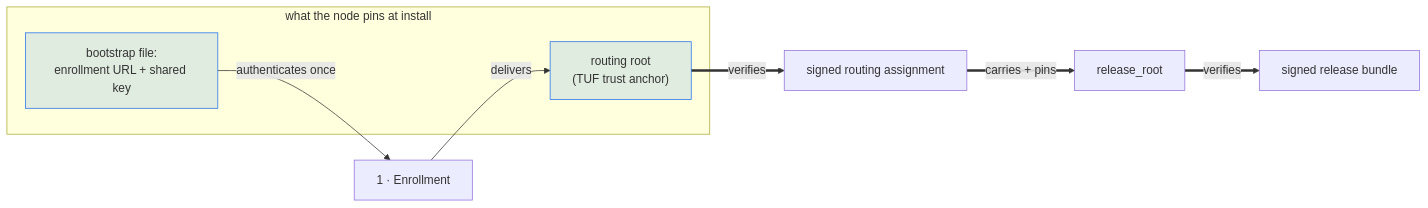
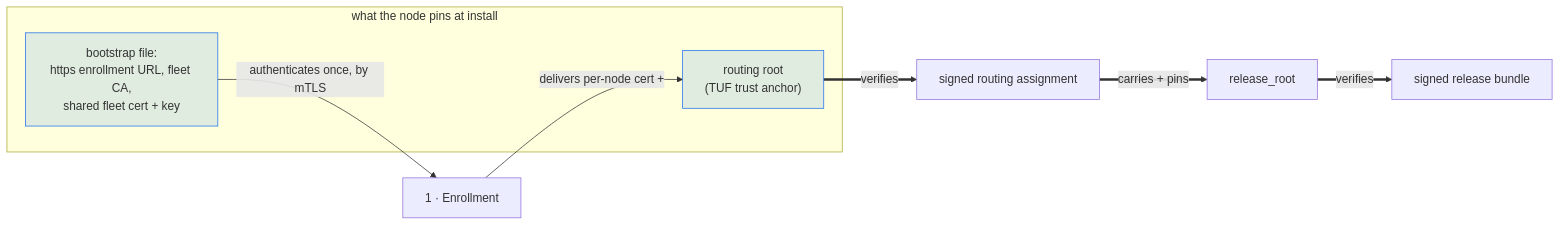
One commit to evan-hines-js/updatedc changed the fifth of 5 diagrams in docs/fleet-rollout-endpoints.md. Above: the diagram before and after it, drawn with Mermaid. The commit also changed other lines of this file and 136 other files, not shown here.

````diff
--- a/docs/fleet-rollout-endpoints.md
+++ b/docs/fleet-rollout-endpoints.md
@@ -155,15 +156,15 @@
 ```mermaid
 flowchart LR
     subgraph node["what the node pins at install"]
-      B["bootstrap file:<br/>enrollment URL + shared key"]
+      B["bootstrap file:<br/>https enrollment URL, fleet CA,<br/>shared fleet cert + key"]
       RR["routing root<br/>(TUF trust anchor)"]
     end
-    B -->|authenticates once| E["1 · Enrollment"]
-    E -->|delivers| RR
+    B -->|authenticates once, by mTLS| E["1 · Enrollment"]
+    E -->|delivers per-node cert +| RR
     RR ==>|verifies| A["signed routing assignment"]
     A ==>|carries + pins| XR["release_root"]
     XR ==>|verifies| REL["signed release bundle"]
 
     classDef pinned fill:#1f6feb22,stroke:#1f6feb;
     class B,RR pinned
 ```
````
